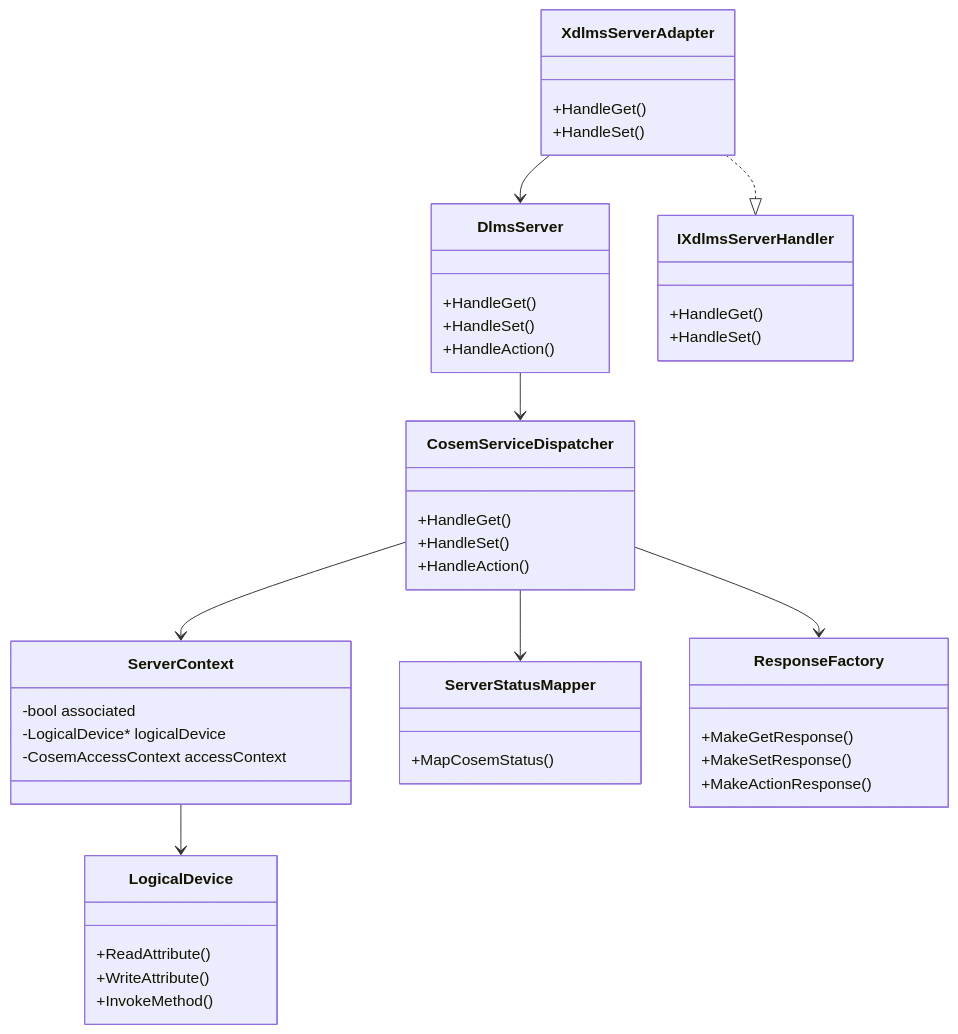
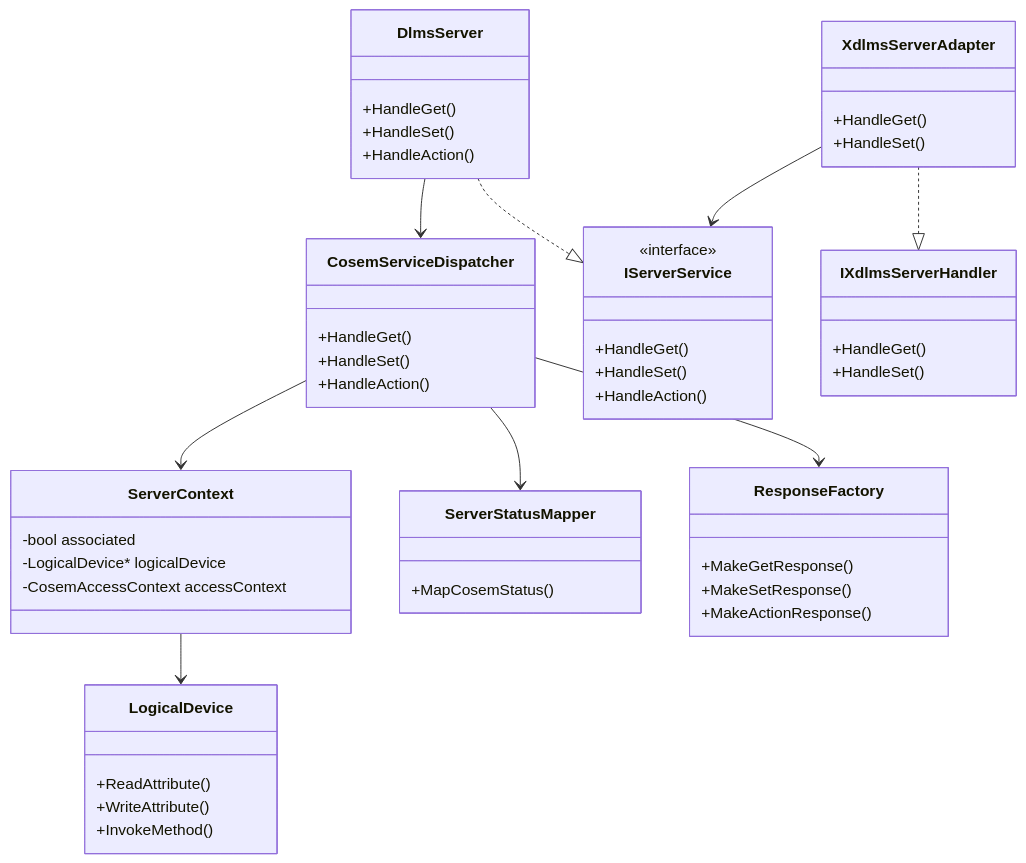
The eighth of 8 diagrams in docs/02_server_architecture.md (gvtret/dlms-server), drawn with Mermaid before and after one commit. The commit also changed other lines of this file and 8 other files, not shown here.

First line of the commit message:
feat(server): add abstract server service port

````diff
--- a/docs/02_server_architecture.md
+++ b/docs/02_server_architecture.md
@@ -173,54 +173,62 @@
 ```mermaid
 classDiagram
   class ServerContext {
     -bool associated
     -LogicalDevice* logicalDevice
     -CosemAccessContext accessContext
   }
 
   class CosemServiceDispatcher {
     +HandleGet()
     +HandleSet()
     +HandleAction()
   }
 
   class DlmsServer {
+    +HandleGet()
+    +HandleSet()
+    +HandleAction()
+  }
+
+  class IServerService {
+    <<interface>>
     +HandleGet()
     +HandleSet()
     +HandleAction()
   }
 
   class ServerStatusMapper {
     +MapCosemStatus()
   }
 
   class ResponseFactory {
     +MakeGetResponse()
     +MakeSetResponse()
     +MakeActionResponse()
   }
 
   class LogicalDevice {
     +ReadAttribute()
     +WriteAttribute()
     +InvokeMethod()
   }
 
   class XdlmsServerAdapter {
     +HandleGet()
     +HandleSet()
   }
 
   class IXdlmsServerHandler {
     +HandleGet()
     +HandleSet()
   }
 
   XdlmsServerAdapter ..|> IXdlmsServerHandler
-  XdlmsServerAdapter --> DlmsServer
+  XdlmsServerAdapter --> IServerService
+  DlmsServer ..|> IServerService
   DlmsServer --> CosemServiceDispatcher
   CosemServiceDispatcher --> ServerContext
   CosemServiceDispatcher --> ServerStatusMapper
   CosemServiceDispatcher --> ResponseFactory
   ServerContext --> LogicalDevice
 ```
````
